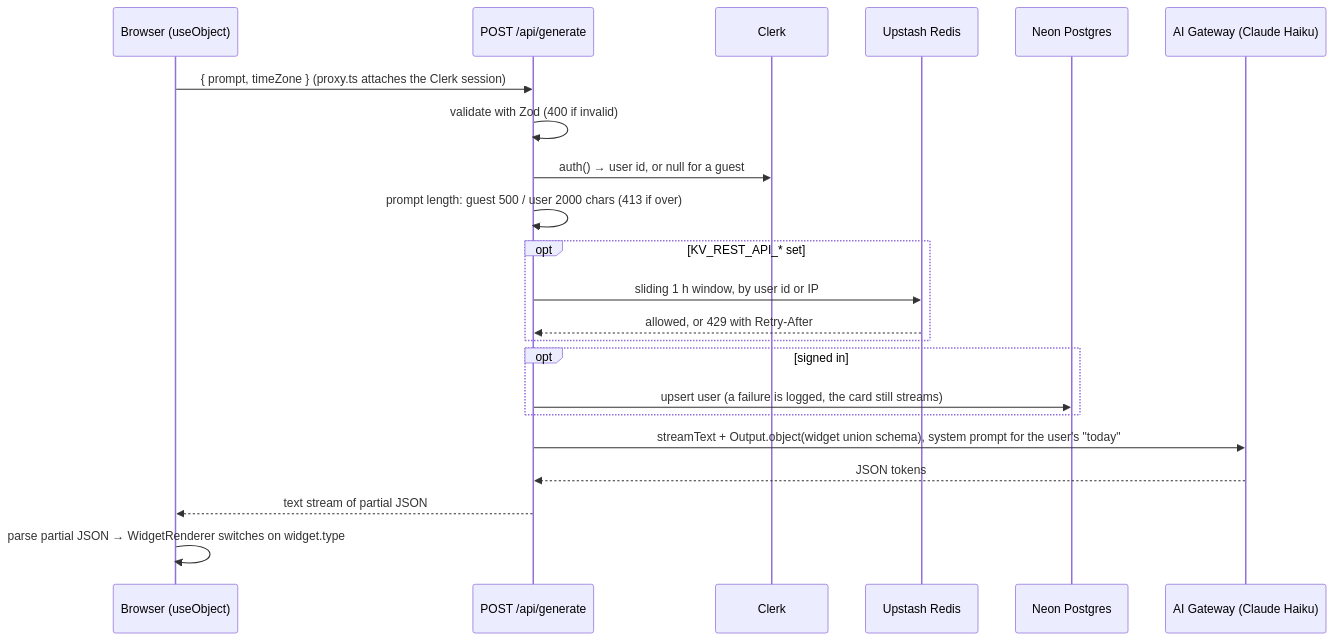
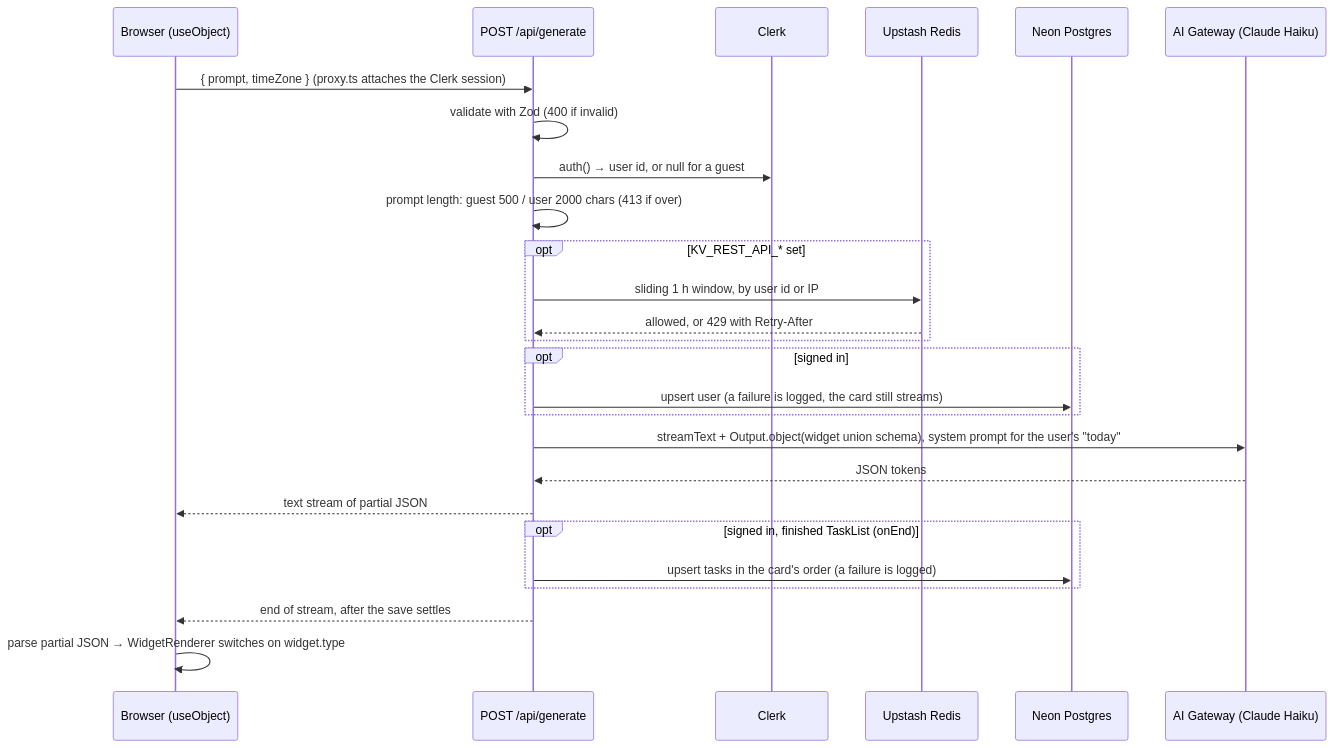
The diagram in README.md (toksana/morph-flow), drawn with Mermaid before and after one commit. The commit also changed other lines of this file and 9 other files, not shown here.

First line of the commit message:
feat(generate): save a signed-in user's generated task list

````diff
--- a/README.md
+++ b/README.md
@@ -36,25 +37,29 @@
 ```mermaid
 sequenceDiagram
   participant UI as Browser (useObject)
   participant API as POST /api/generate
   participant Clerk
   participant RL as Upstash Redis
   participant DB as Neon Postgres
   participant LLM as AI Gateway (Claude Haiku)
 
   UI->>API: { prompt, timeZone } (proxy.ts attaches the Clerk session)
   API->>API: validate with Zod (400 if invalid)
   API->>Clerk: auth() → user id, or null for a guest
   API->>API: prompt length: guest 500 / user 2000 chars (413 if over)
   opt KV_REST_API_* set
     API->>RL: sliding 1 h window, by user id or IP
     RL-->>API: allowed, or 429 with Retry-After
   end
   opt signed in
     API->>DB: upsert user (a failure is logged, the card still streams)
   end
   API->>LLM: streamText + Output.object(widget union schema), system prompt for the user's "today"
   LLM-->>API: JSON tokens
   API-->>UI: text stream of partial JSON
+  opt signed in, finished TaskList (onEnd)
+    API->>DB: upsert tasks in the card's order (a failure is logged)
+  end
+  API-->>UI: end of stream, after the save settles
   UI->>UI: parse partial JSON → WidgetRenderer switches on widget.type
 ```
````
